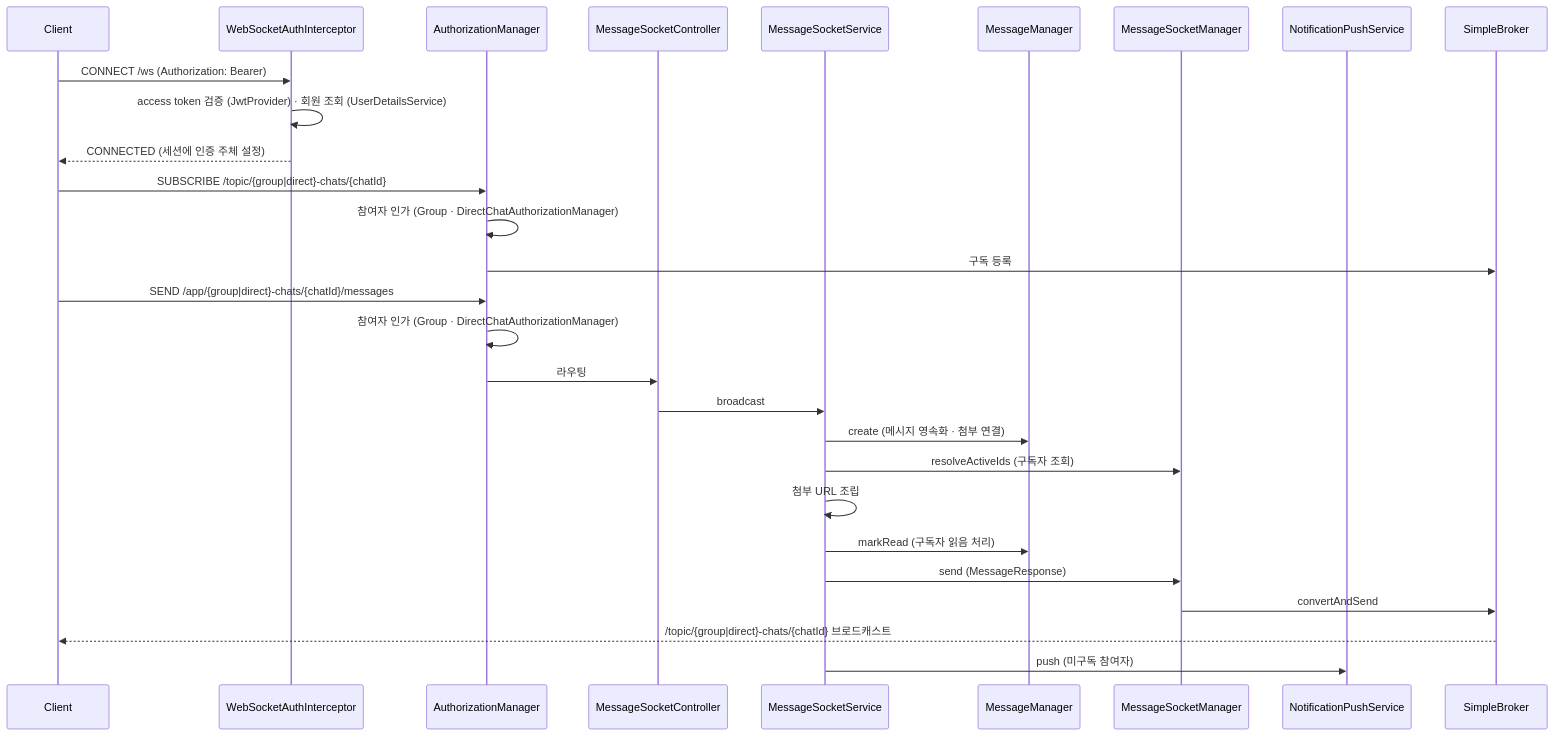
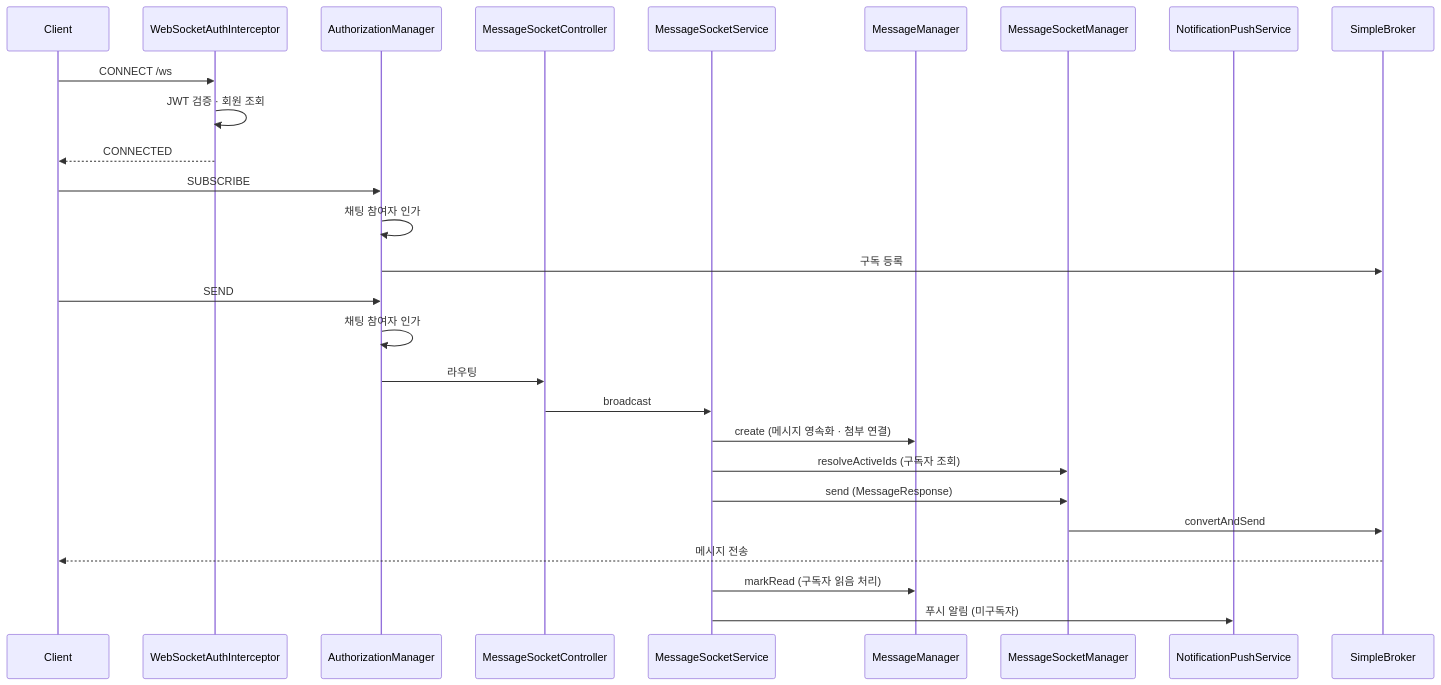
Before and after one commit to mortonCareer/bconnect: the diagram in apps/api/docs/stomp-architecture.md, drawn with Mermaid. The commit also changed other lines of this file and 29 other files, not shown here.

````diff
--- a/apps/api/docs/stomp-architecture.md
+++ b/apps/api/docs/stomp-architecture.md
@@ -7,33 +7,32 @@
 ```mermaid
 sequenceDiagram
     participant Client
     participant Interceptor as WebSocketAuthInterceptor
     participant Authz as AuthorizationManager
     participant Ctrl as MessageSocketController
     participant Service as MessageSocketService
     participant Msg as MessageManager
     participant Manager as MessageSocketManager
     participant Push as NotificationPushService
     participant Broker as SimpleBroker
 
-    Client->>Interceptor: CONNECT /ws (Authorization: Bearer)
-    Interceptor->>Interceptor: access token 검증 (JwtProvider) · 회원 조회 (UserDetailsService)
-    Interceptor-->>Client: CONNECTED (세션에 인증 주체 설정)
+    Client->>Interceptor: CONNECT /ws
+    Interceptor->>Interceptor: JWT 검증 · 회원 조회
+    Interceptor-->>Client: CONNECTED
 
-    Client->>Authz: SUBSCRIBE /topic/{group|direct}-chats/{chatId}
-    Authz->>Authz: 참여자 인가 (Group · DirectChatAuthorizationManager)
+    Client->>Authz: SUBSCRIBE
+    Authz->>Authz: 채팅 참여자 인가
     Authz->>Broker: 구독 등록
 
-    Client->>Authz: SEND /app/{group|direct}-chats/{chatId}/messages
-    Authz->>Authz: 참여자 인가 (Group · DirectChatAuthorizationManager)
+    Client->>Authz: SEND
+    Authz->>Authz: 채팅 참여자 인가
     Authz->>Ctrl: 라우팅
     Ctrl->>Service: broadcast
     Service->>Msg: create (메시지 영속화 · 첨부 연결)
     Service->>Manager: resolveActiveIds (구독자 조회)
-    Service->>Service: 첨부 URL 조립
-    Service->>Msg: markRead (구독자 읽음 처리)
     Service->>Manager: send (MessageResponse)
     Manager->>Broker: convertAndSend
-    Broker-->>Client: /topic/{group|direct}-chats/{chatId} 브로드캐스트
-    Service->>Push: push (미구독 참여자)
+    Broker-->>Client: 메시지 전송
+    Service->>Msg: markRead (구독자 읽음 처리)
+    Service->>Push: 푸시 알림 (미구독자)
 ```
````
